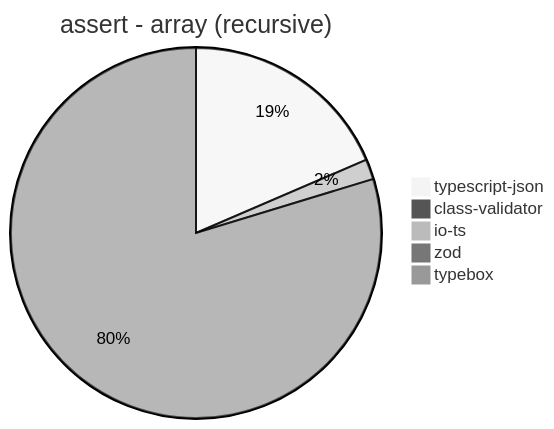
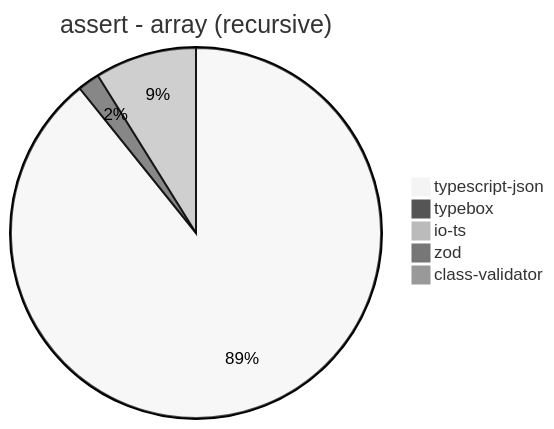
Diagram 13 of 39 in benchmark/results/AMD Ryzen 7 3700X 8-Core Processor.md (samchon/typia), drawn with Mermaid (neutral theme) before and after one commit. The commit also changed other lines of this file and 10 other files, not shown here.

````diff
--- a/benchmark/results/AMD Ryzen 7 3700X 8-Core Processor.md
+++ b/benchmark/results/AMD Ryzen 7 3700X 8-Core Processor.md
@@ -166,8 +174,8 @@
 ```mermaid
 pie title assert - array (recursive)
-  "typescript-json": 1281.9129140305174
-  "class-validator": 3.0331753554502368
-  "io-ts": 121.65137614678899
-  "zod": 7.317073170731708
-  "typebox": 5512.892376681614
+  "typescript-json": 1211.7184575065519
+  "typebox": 25.86858006042296
+  "io-ts": 120.47973832455024
+  "zod": 7.741691842900302
+  "class-validator": 2.816901408450704
 ```
````
